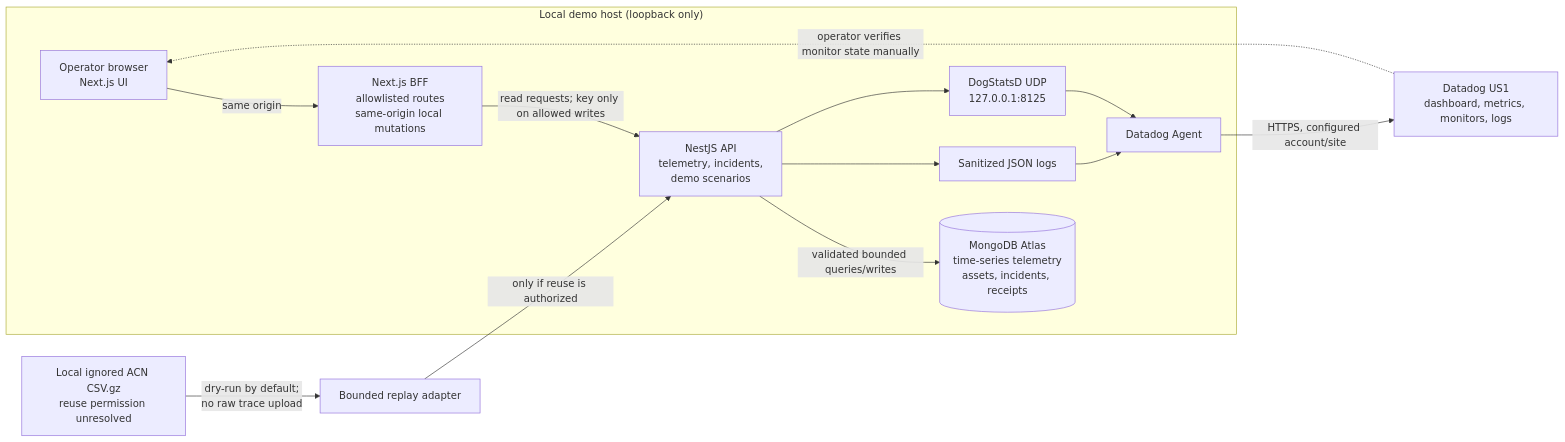
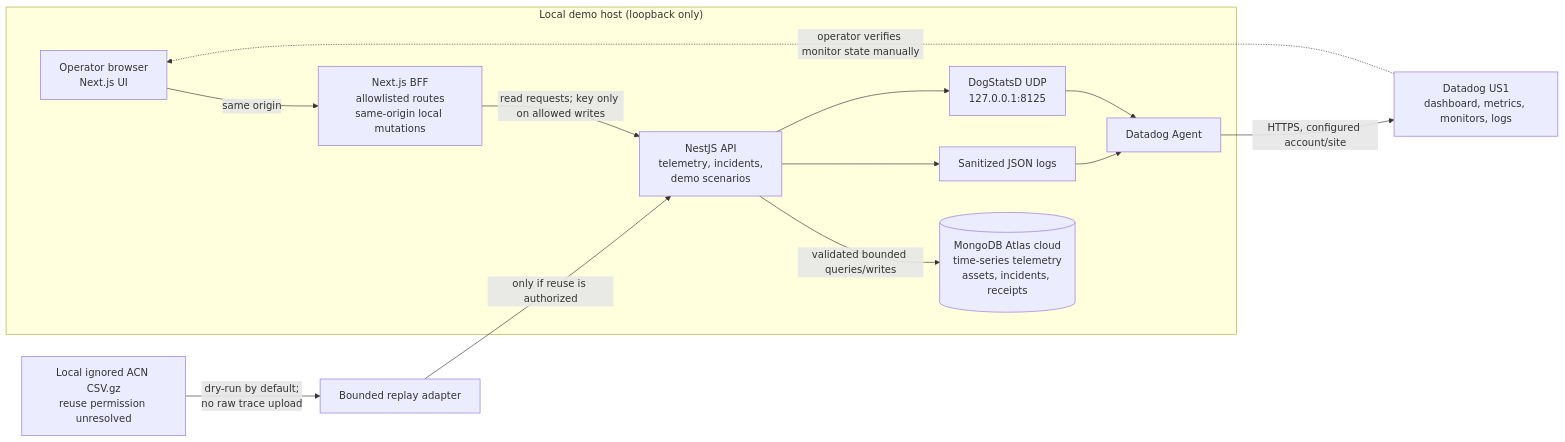
One commit to thangak18/OneNode-ChargeGuard changed the diagram in docs/ARCHITECTURE.md. Above: the diagram before and after it, drawn with Mermaid. The commit also changed other lines of this file and 9 other files, not shown here.

````diff
--- a/docs/ARCHITECTURE.md
+++ b/docs/ARCHITECTURE.md
@@ -22,23 +22,23 @@
 ```mermaid
 flowchart LR
   subgraph Local["Local demo host (loopback only)"]
     Browser["Operator browser<br/>Next.js UI"]
     BFF["Next.js BFF<br/>allowlisted routes<br/>same-origin local mutations"]
     API["NestJS API<br/>telemetry, incidents,<br/>demo scenarios"]
-    DB[("MongoDB Atlas<br/>time-series telemetry<br/>assets, incidents, receipts")]
     AppLogs["Sanitized JSON logs"]
     DogStatsD["DogStatsD UDP<br/>127.0.0.1:8125"]
     Agent["Datadog Agent"]
     Browser -->|"same origin"| BFF
     BFF -->|"read requests; key only on allowed writes"| API
     API -->|"validated bounded queries/writes"| DB
     API --> AppLogs
     API --> DogStatsD
     AppLogs --> Agent
     DogStatsD --> Agent
   end
+  DB[("MongoDB Atlas cloud<br/>time-series telemetry<br/>assets, incidents, receipts")]
   Agent -->|"HTTPS, configured account/site"| DD["Datadog US1<br/>dashboard, metrics, monitors, logs"]
   Source["Local ignored ACN CSV.gz<br/>reuse permission unresolved"] -->|"dry-run by default;<br/>no raw trace upload"| Replay["Bounded replay adapter"]
   Replay -->|"only if reuse is authorized"| API
   DD -.->|"operator verifies monitor state manually"| Browser
 ```
````
